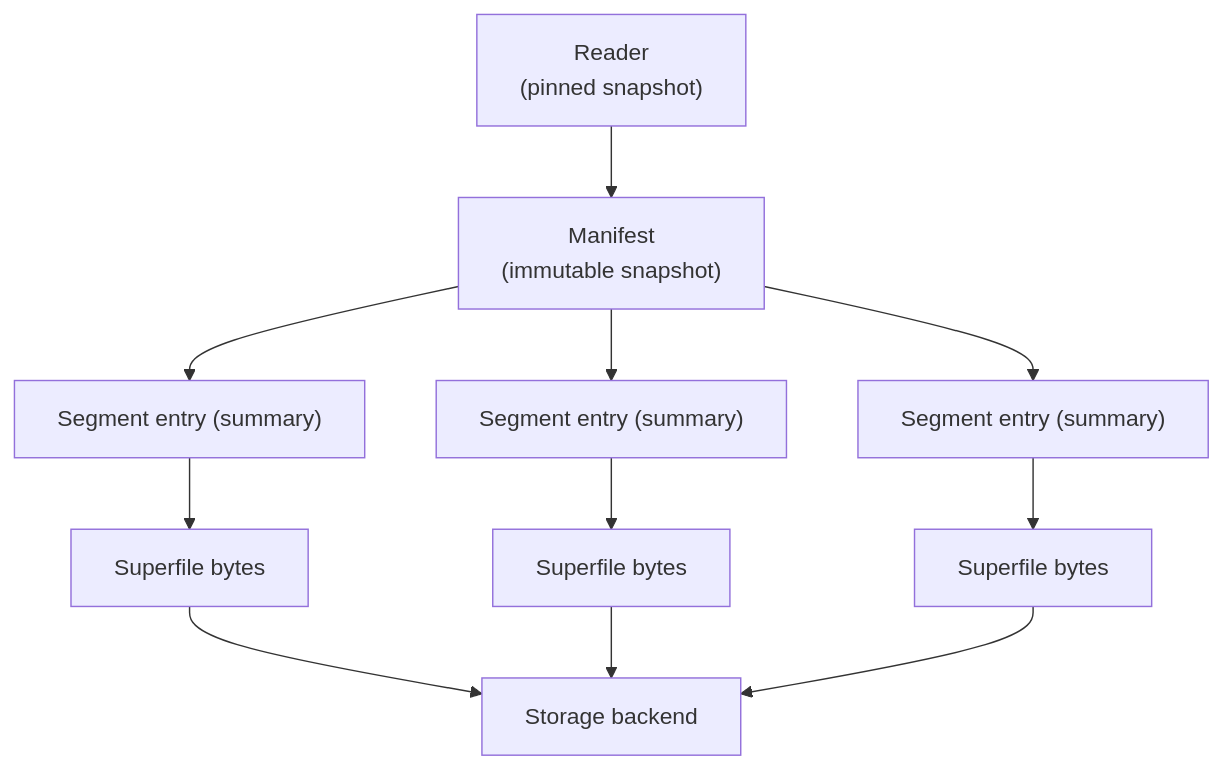
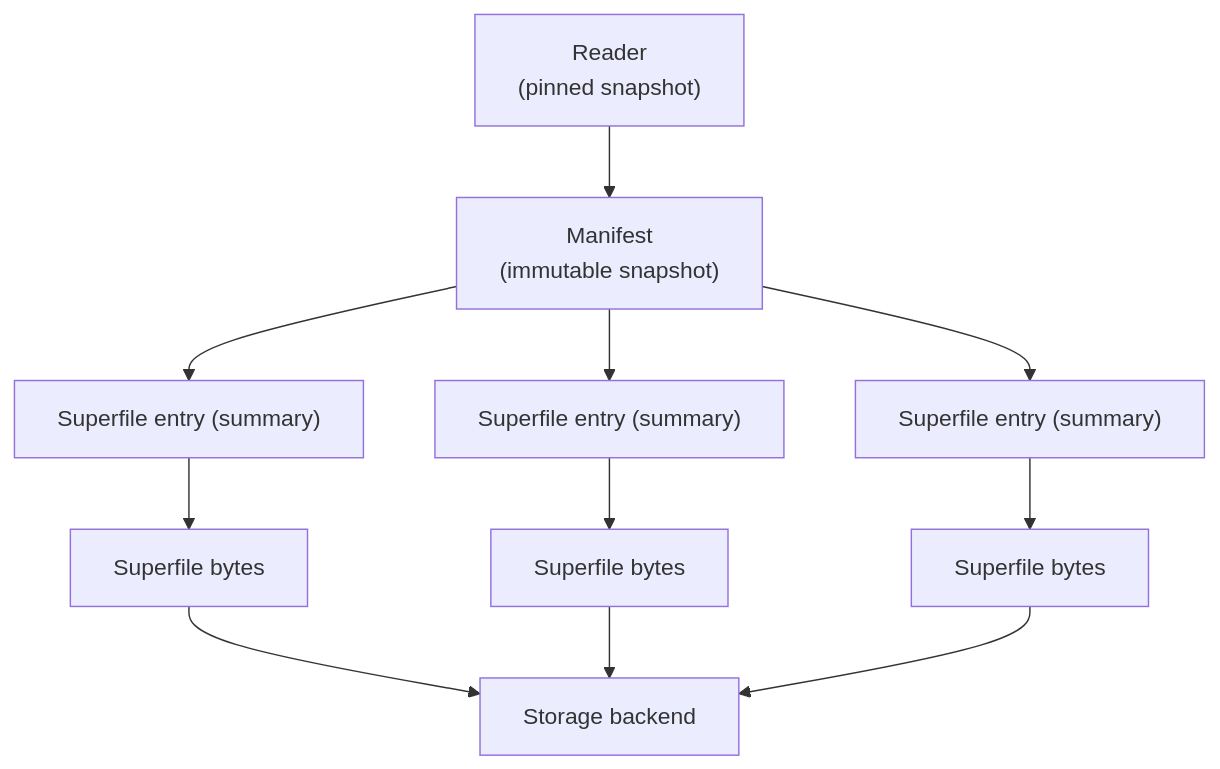
One commit to infino-ai/infino changed the diagram in docs/architecture/supertable.md. Above: the diagram before and after it, drawn with Mermaid. The commit also changed other lines of this file and 103 other files, not shown here.

First line of the commit message:
rename: 'segment' terminology to 'superfile' across the codebase

````diff
--- a/docs/architecture/supertable.md
+++ b/docs/architecture/supertable.md
@@ -146,13 +146,13 @@
 ```mermaid
 flowchart TD
     reader["Reader<br/>(pinned snapshot)"] --> manifest["Manifest<br/>(immutable snapshot)"]
-    manifest --> e1["Segment entry (summary)"]
-    manifest --> e2["Segment entry (summary)"]
-    manifest --> e3["Segment entry (summary)"]
+    manifest --> e1["Superfile entry (summary)"]
+    manifest --> e2["Superfile entry (summary)"]
+    manifest --> e3["Superfile entry (summary)"]
     e1 --> s1["Superfile bytes"]
     e2 --> s2["Superfile bytes"]
     e3 --> s3["Superfile bytes"]
     s1 --> store["Storage backend"]
     s2 --> store
     s3 --> store
 ```
````
